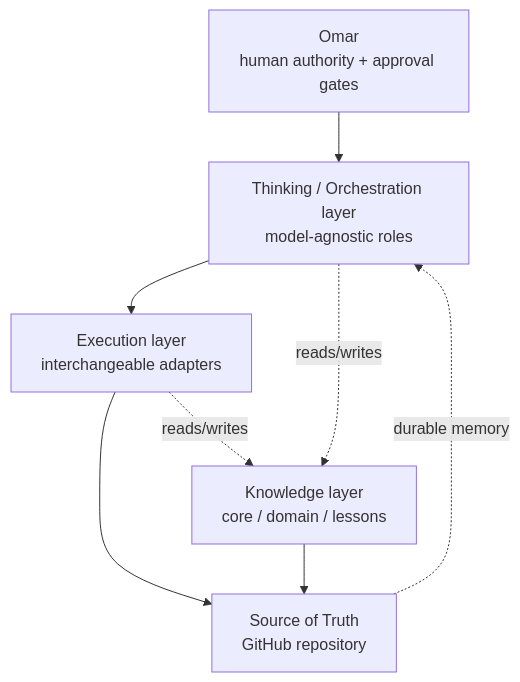
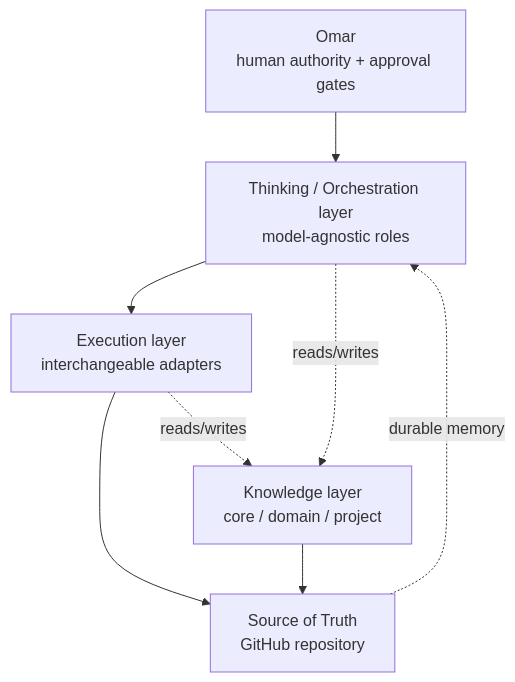
One commit to omar-hesham/omar_os changed the first of 3 diagrams in docs/ARCHITECTURE.md. Above: the diagram before and after it, drawn with Mermaid. The commit also changed other lines of this file and 16 other files, not shown here.

````diff
--- a/docs/ARCHITECTURE.md
+++ b/docs/ARCHITECTURE.md
@@ -21,16 +21,16 @@
 ```mermaid
 flowchart TB
     H[Omar<br/>human authority + approval gates]
     T[Thinking / Orchestration layer<br/>model-agnostic roles]
     E[Execution layer<br/>interchangeable adapters]
-    K[Knowledge layer<br/>core / domain / lessons]
+    K[Knowledge layer<br/>core / domain / project]
     S[Source of Truth<br/>GitHub repository]
 
     H --> T
     T --> E
     E --> S
     T -. reads/writes .-> K
     E -. reads/writes .-> K
     K --> S
     S -. durable memory .-> T
 ```
````
